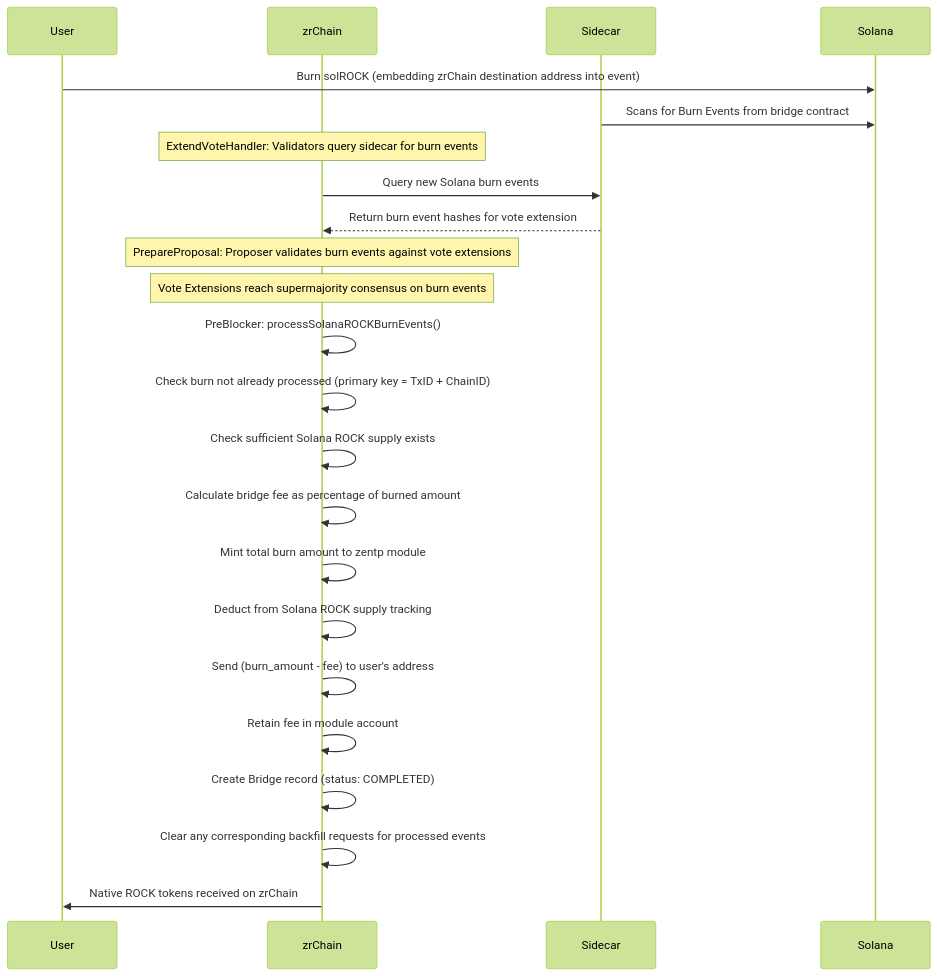
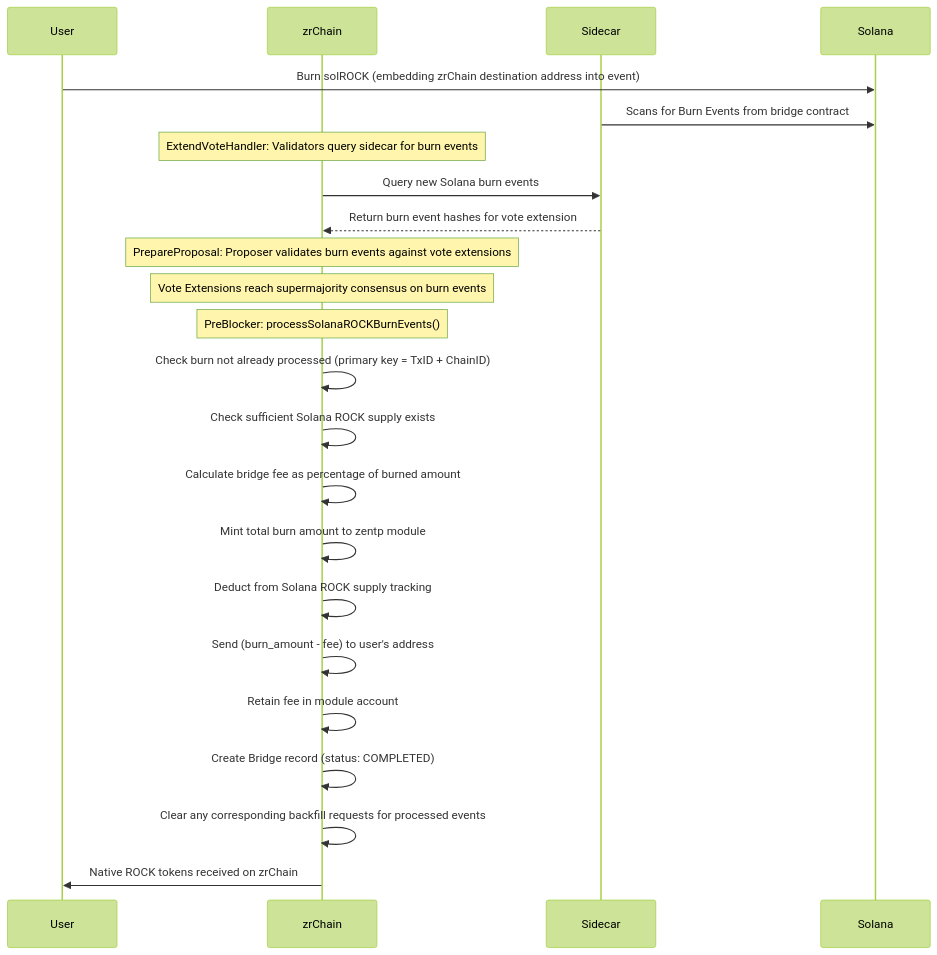
The fourth of 4 diagrams in docs/README.md (zenrocklabs/zrchain), drawn with Mermaid (forest theme) before and after one commit. The commit also changed other lines of this file, not shown here.

````diff
--- a/docs/README.md
+++ b/docs/README.md
@@ -373,27 +373,27 @@
 ```mermaid
 sequenceDiagram
     participant User
     participant zrChain
     participant Sidecar
     participant Solana
 
     User->>Solana: Burn solROCK (embedding zrChain destination address into event)
     Sidecar->>Solana: Scans for Burn Events from bridge contract
     Note over zrChain: ExtendVoteHandler: Validators query sidecar for burn events
     zrChain->>Sidecar: Query new Solana burn events
     Sidecar-->>zrChain: Return burn event hashes for vote extension
     Note over zrChain: PrepareProposal: Proposer validates burn events against vote extensions
     Note over zrChain: Vote Extensions reach supermajority consensus on burn events
 
-    zrChain->>zrChain: PreBlocker: processSolanaROCKBurnEvents()
+    Note over zrChain: PreBlocker: processSolanaROCKBurnEvents()
     zrChain->>zrChain: Check burn not already processed (primary key = TxID + ChainID)
     zrChain->>zrChain: Check sufficient Solana ROCK supply exists
     zrChain->>zrChain: Calculate bridge fee as percentage of burned amount
     zrChain->>zrChain: Mint total burn amount to zentp module
     zrChain->>zrChain: Deduct from Solana ROCK supply tracking
     zrChain->>zrChain: Send (burn_amount - fee) to user's address
     zrChain->>zrChain: Retain fee in module account
     zrChain->>zrChain: Create Bridge record (status: COMPLETED)
     zrChain->>zrChain: Clear any corresponding backfill requests for processed events
     zrChain->>User: Native ROCK tokens received on zrChain
 ```
````
